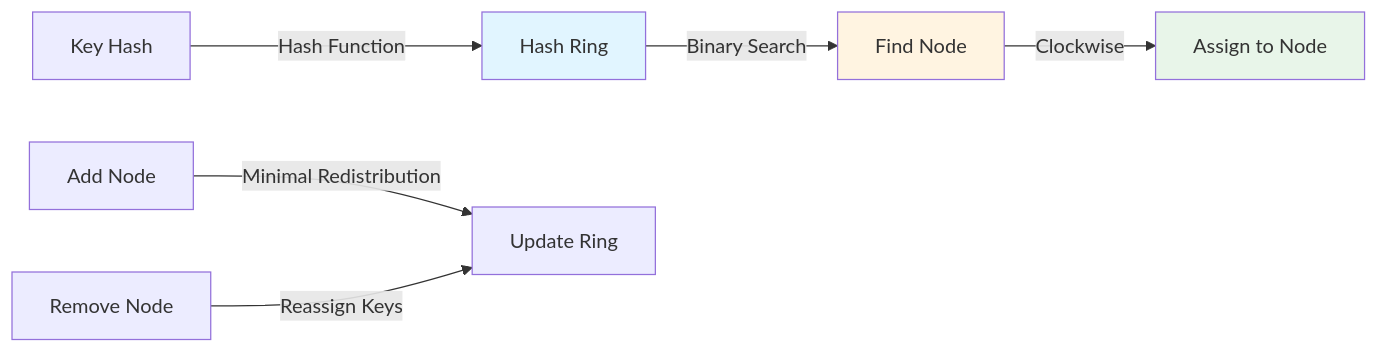
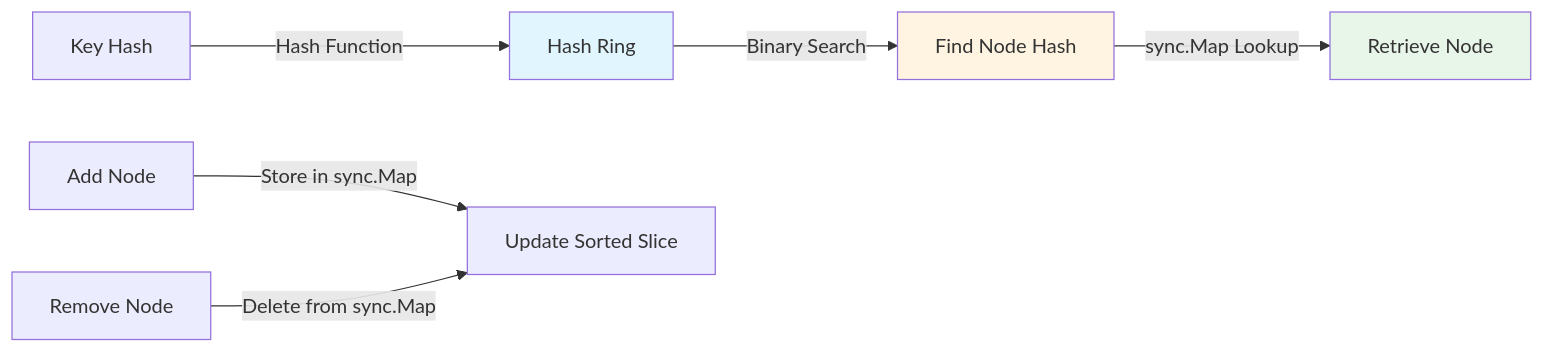
One commit to atharvamhaske/chash changed the diagram in README.md. Above: the diagram before and after it, drawn with Mermaid. The commit also changed other lines of this file, not shown here.

````diff
--- a/README.md
+++ b/README.md
@@ -15,13 +19,13 @@
 ```mermaid
 graph LR
     A[Key Hash] -->|Hash Function| B[Hash Ring]
-    B -->|Binary Search| C[Find Node]
-    C -->|Clockwise| D[Assign to Node]
+    B -->|Binary Search| C[Find Node Hash]
+    C -->|sync.Map Lookup| D[Retrieve Node]
     
-    E[Add Node] -->|Minimal Redistribution| F[Update Ring]
-    G[Remove Node] -->|Reassign Keys| F
+    E[Add Node] -->|Store in sync.Map| F[Update Sorted Slice]
+    G[Remove Node] -->|Delete from sync.Map| F
     
     style B fill:#e1f5ff
     style C fill:#fff4e1
     style D fill:#e8f5e9
 ```
````
